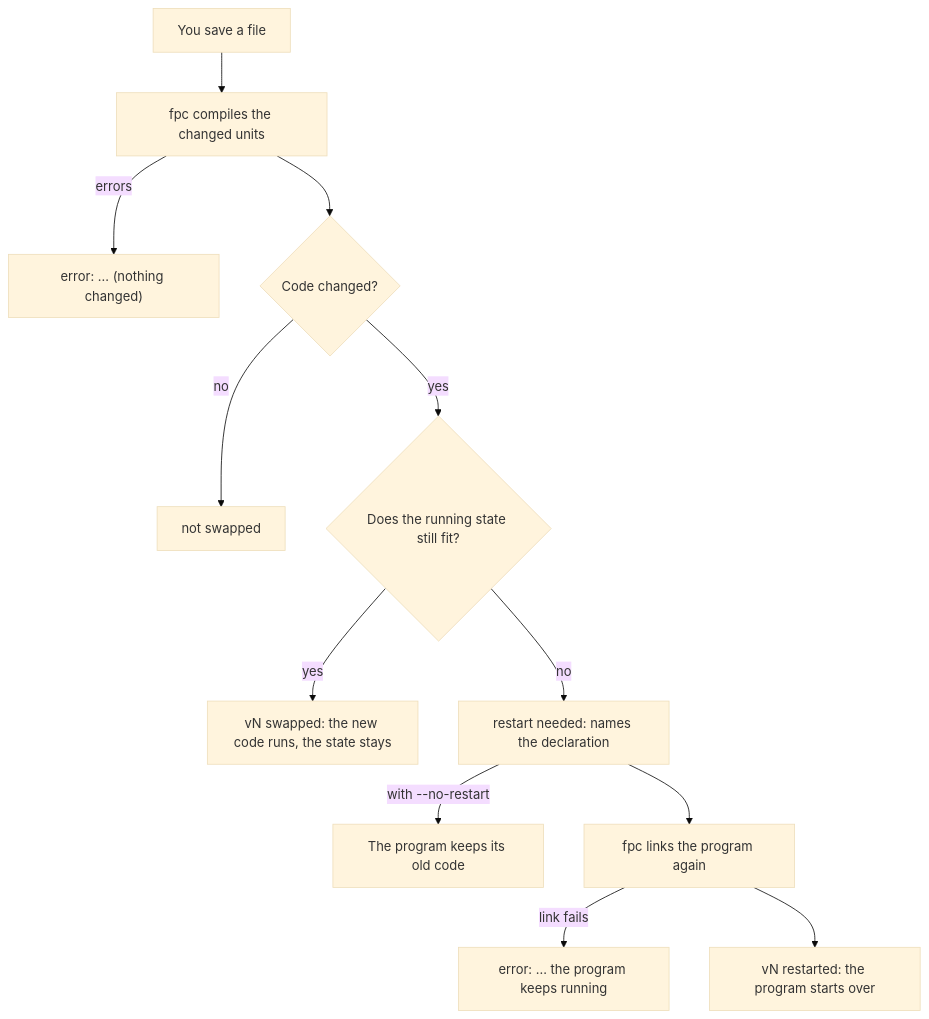
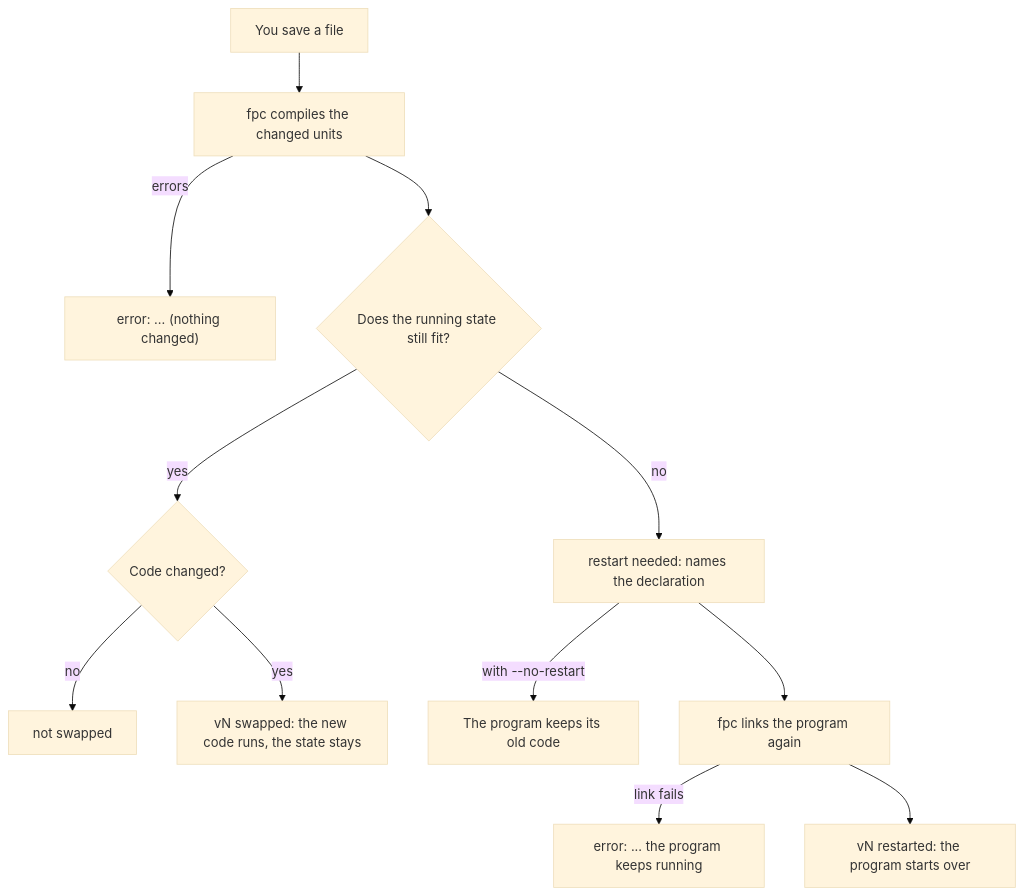
One commit to frostney/hotfpc changed the diagram in docs/guides/saves-and-restarts.md. Above: the diagram before and after it, drawn with Mermaid (base theme). The commit also changed 12 other files, not shown here.

First line of the commit message:
fix: check every unit fpc compiled again, also when its object is the same (#48)

````diff
--- a/docs/guides/saves-and-restarts.md
+++ b/docs/guides/saves-and-restarts.md
@@ -10,14 +10,14 @@
 ```mermaid
 flowchart TD
     save[You save a file] --> compile[fpc compiles the changed units]
     compile -->|errors| error["error: ... (nothing changed)"]
-    compile --> same{Code changed?}
+    compile --> check{Does the running state still fit?}
+    check -->|no| needed["restart needed: names the declaration"]
+    check -->|yes| same{Code changed?}
     same -->|no| notswapped["not swapped"]
-    same -->|yes| check{Does the running state still fit?}
-    check -->|yes| swap["vN swapped: the new code runs, the state stays"]
-    check -->|no| needed["restart needed: names the declaration"]
+    same -->|yes| swap["vN swapped: the new code runs, the state stays"]
     needed -->|"with --no-restart"| old[The program keeps its old code]
     needed --> link[fpc links the program again]
     link -->|link fails| linkerror["error: ... the program keeps running"]
     link --> restarted["vN restarted: the program starts over"]
 ```
````
